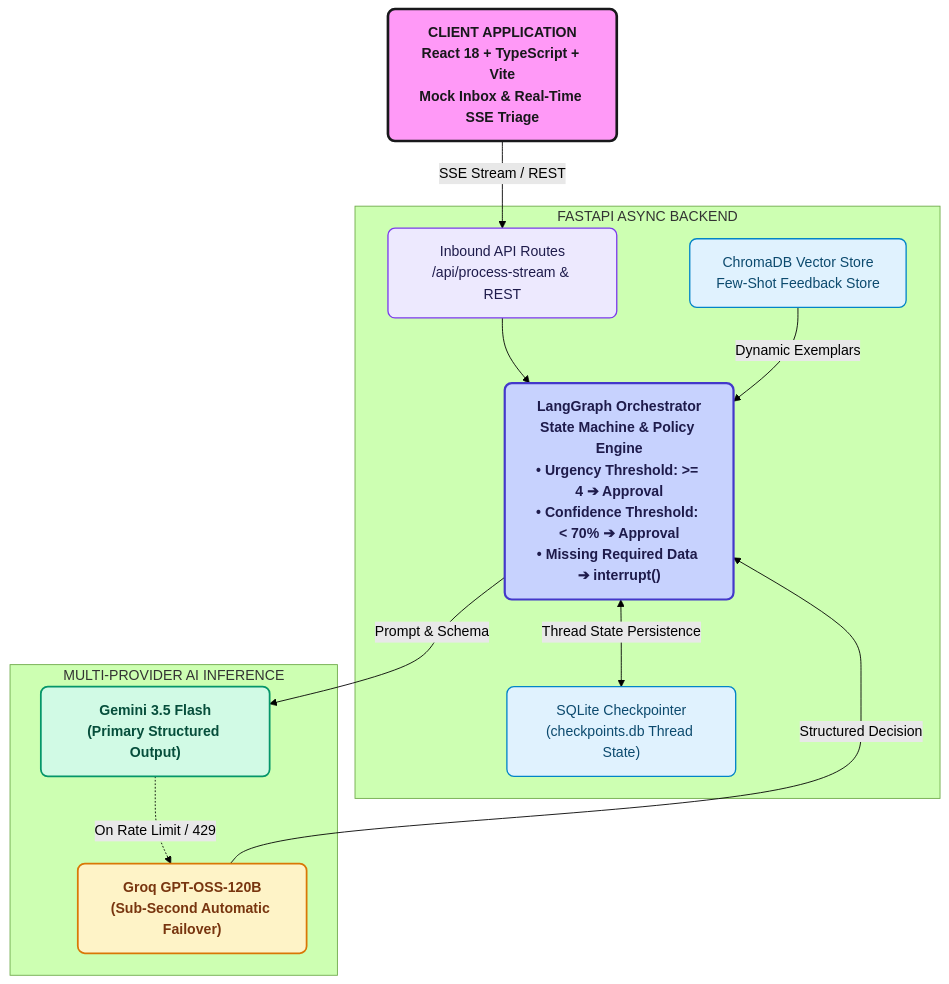
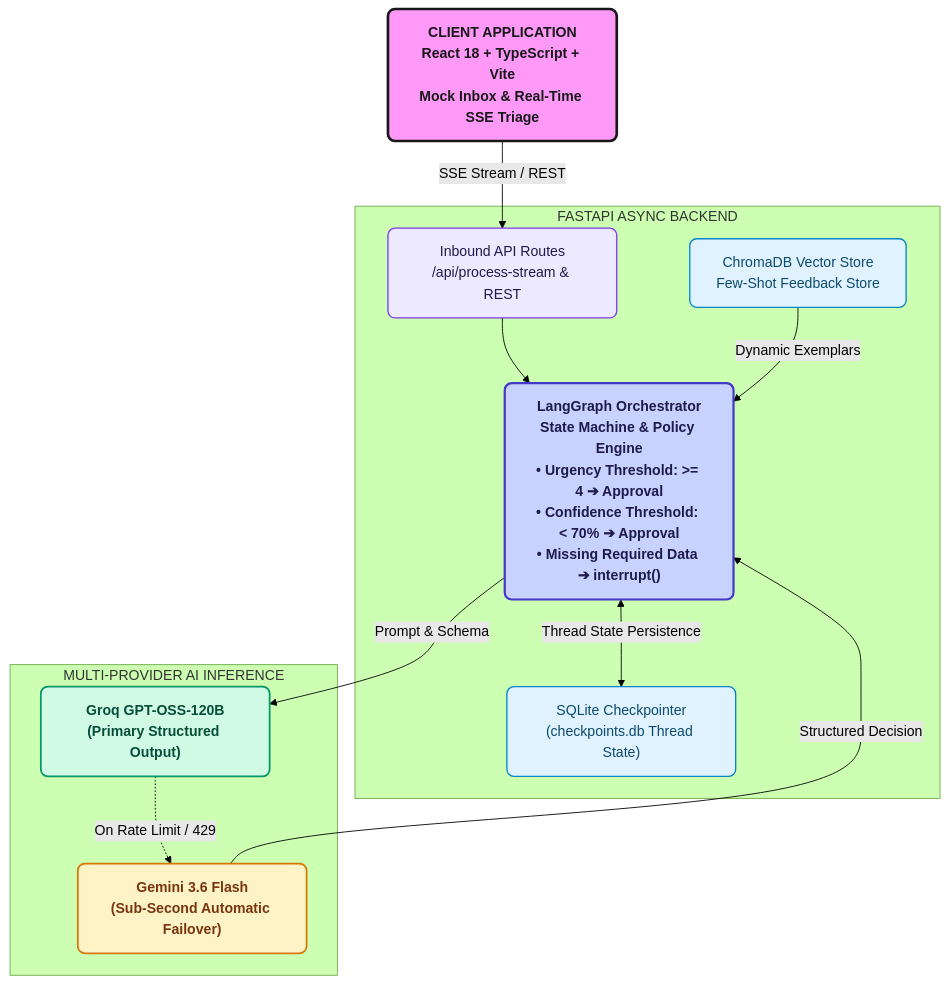
The first of 2 diagrams in docs/SYSTEM_DESIGN.md (sharan1918/Notion-Press-POC), drawn with Mermaid (forest theme) before and after one commit. The commit also changed other lines of this file and 3 other files, not shown here.

Commit message:
docs(architecture): update system design and readme with hybrid embeddings, gemini 3.6, and concurrency

````diff
--- a/docs/SYSTEM_DESIGN.md
+++ b/docs/SYSTEM_DESIGN.md
@@ -23,31 +25,31 @@
 ```mermaid
 flowchart TD
     classDef clientBox fill:#ff99f7,stroke:#18181b,stroke-width:3px,color:#18181b,font-weight:bold,rx:8px,ry:8px;
     classDef gatewayBox fill:#ede9fe,stroke:#7c3aed,stroke-width:1.5px,color:#1e1b4b,font-weight:500,rx:8px,ry:8px;
     classDef graphBox fill:#c7d2fe,stroke:#4338ca,stroke-width:2.5px,color:#1e1b4b,font-weight:bold,rx:8px,ry:8px;
     classDef memoryBox fill:#e0f2fe,stroke:#0284c7,stroke-width:1.5px,color:#0c4a6e,font-weight:500,rx:8px,ry:8px;
     classDef llmBox fill:#d1fae5,stroke:#059669,stroke-width:2px,color:#064e3b,font-weight:bold,rx:8px,ry:8px;
     classDef failoverBox fill:#fef3c7,stroke:#d97706,stroke-width:2px,color:#78350f,font-weight:bold,rx:8px,ry:8px;
 
     CLIENT["<b>CLIENT APPLICATION</b><br/>React 18 + TypeScript + Vite<br/>Mock Inbox & Real-Time SSE Triage"]:::clientBox
 
     subgraph BACKEND ["FASTAPI ASYNC BACKEND"]
         ROUTES["Inbound API Routes<br/>/api/process-stream & REST"]:::gatewayBox
         GRAPH["LangGraph Orchestrator<br/>State Machine & Policy Engine<br/>• Urgency Threshold: &gt;= 4 ➔ Approval<br/>• Confidence Threshold: &lt; 70% ➔ Approval<br/>• Missing Required Data ➔ interrupt()"]:::graphBox
         CHECKPOINT["SQLite Checkpointer<br/>(checkpoints.db Thread State)"]:::memoryBox
         FEEDBACK["ChromaDB Vector Store<br/>Few-Shot Feedback Store"]:::memoryBox
     end
 
     subgraph LLM_TIER ["MULTI-PROVIDER AI INFERENCE"]
-        PRIMARY["Gemini 3.5 Flash<br/>(Primary Structured Output)"]:::llmBox
-        FAILOVER["Groq GPT-OSS-120B<br/>(Sub-Second Automatic Failover)"]:::failoverBox
+        PRIMARY["Groq GPT-OSS-120B<br/>(Primary Structured Output)"]:::llmBox
+        FAILOVER["Gemini 3.6 Flash<br/>(Sub-Second Automatic Failover)"]:::failoverBox
     end
 
     CLIENT -->|SSE Stream / REST| ROUTES
     ROUTES --> GRAPH
     GRAPH <-->|Thread State Persistence| CHECKPOINT
     FEEDBACK -->|Dynamic Exemplars| GRAPH
     GRAPH -->|Prompt & Schema| PRIMARY
     PRIMARY -.->|On Rate Limit / 429| FAILOVER
     FAILOVER -->|Structured Decision| GRAPH
 ```
````
